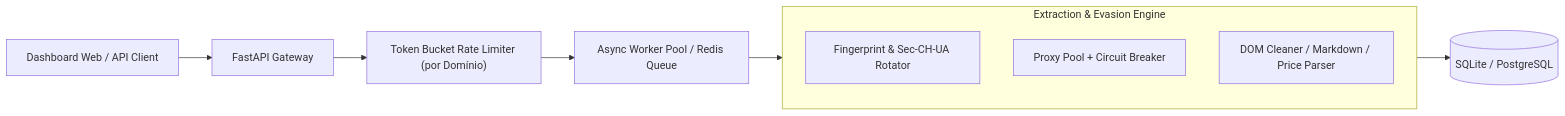
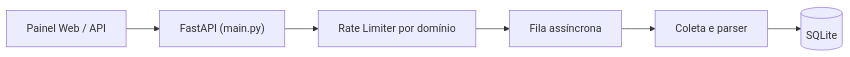
Before and after one commit to Glawther/CrawlMesh: the diagram in README.md, drawn with Mermaid. The commit also changed other lines of this file and 7 other files, not shown here.

````diff
--- a/README.md
+++ b/README.md
@@ -30,16 +26,8 @@
 ```mermaid
 flowchart LR
-    Client["Dashboard Web / API Client"] --> Gateway["FastAPI Gateway"]
-    Gateway --> Limiter["Token Bucket Rate Limiter (por Domínio)"]
-    Limiter --> Queue["Async Worker Pool / Redis Queue"]
-    
-    Queue --> Engine["Extraction & Evasion Engine"]
-    
-    subgraph Engine["Extraction & Evasion Engine"]
-        FP["Fingerprint & Sec-CH-UA Rotator"]
-        Proxy["Proxy Pool + Circuit Breaker"]
-        Parser["DOM Cleaner / Markdown / Price Parser"]
-    end
-    
-    Engine --> DB[("SQLite / PostgreSQL")]
+    Client["Painel Web / API"] --> Gateway["FastAPI (main.py)"]
+    Gateway --> Limiter["Rate Limiter por domínio"]
+    Limiter --> Queue["Fila assíncrona"]
+    Queue --> Engine["Coleta e parser"]
+    Engine --> DB[("SQLite")]
 ```
````
